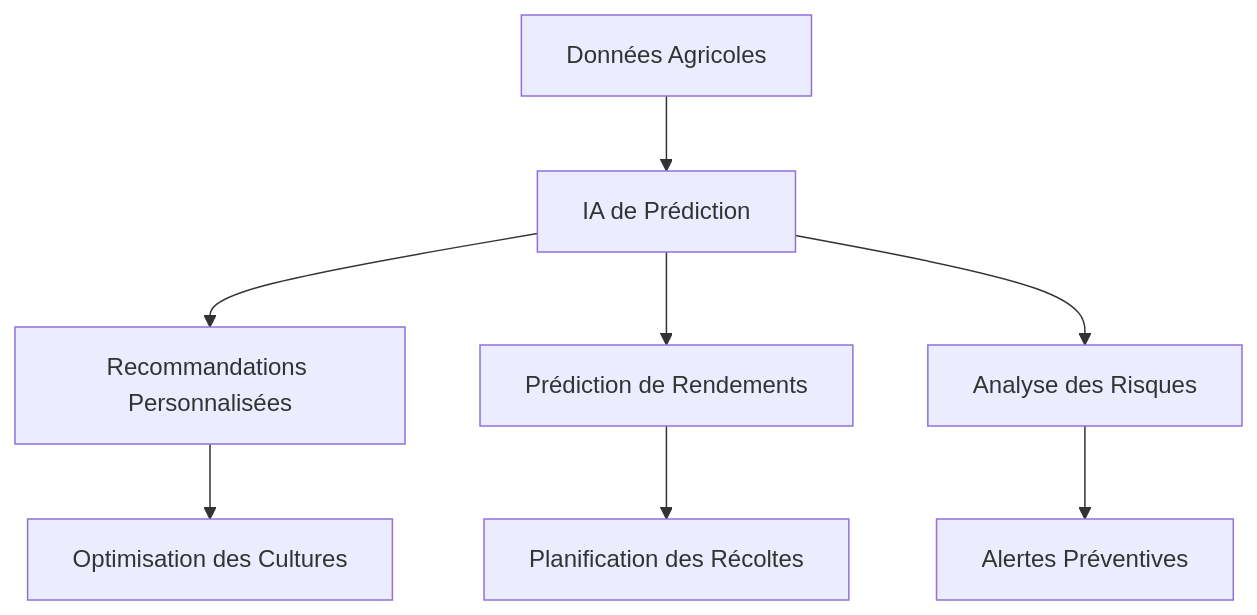
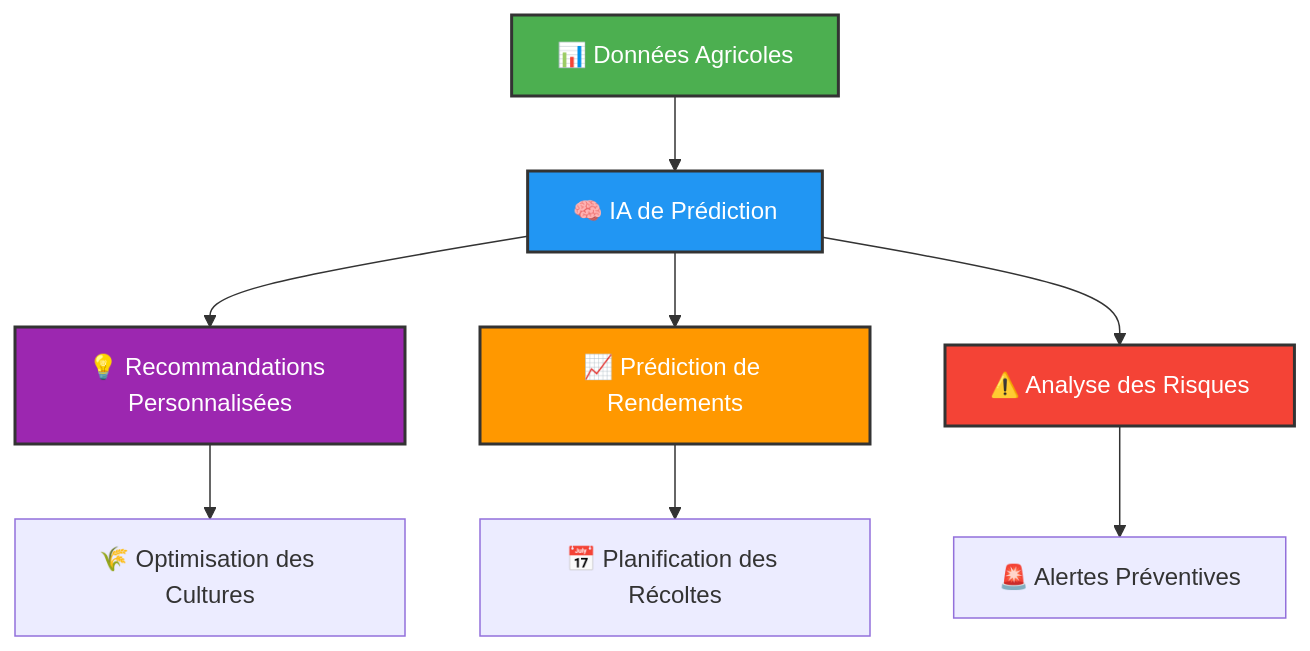
One commit to MaximeKELI/Projet-AGRICOLE changed the first of 13 diagrams in README.md. Above: the diagram before and after it, drawn with Mermaid. The commit also changed other lines of this file and 2 other files, not shown here.

````diff
--- a/README.md
+++ b/README.md
@@ -56,10 +366,16 @@
 ```mermaid
 graph TD
-    A[Données Agricoles] --> B[IA de Prédiction]
-    B --> C[Recommandations Personnalisées]
-    B --> D[Prédiction de Rendements]
-    B --> E[Analyse des Risques]
-    C --> F[Optimisation des Cultures]
-    D --> G[Planification des Récoltes]
-    E --> H[Alertes Préventives]
+    A[📊 Données Agricoles] --> B[🧠 IA de Prédiction]
+    B --> C[💡 Recommandations Personnalisées]
+    B --> D[📈 Prédiction de Rendements]
+    B --> E[⚠️ Analyse des Risques]
+    C --> F[🌾 Optimisation des Cultures]
+    D --> G[📅 Planification des Récoltes]
+    E --> H[🚨 Alertes Préventives]
+    
+    style A fill:#4CAF50,stroke:#333,stroke-width:2px,color:#fff
+    style B fill:#2196F3,stroke:#333,stroke-width:2px,color:#fff
+    style C fill:#9C27B0,stroke:#333,stroke-width:2px,color:#fff
+    style D fill:#FF9800,stroke:#333,stroke-width:2px,color:#fff
+    style E fill:#F44336,stroke:#333,stroke-width:2px,color:#fff
 ```
````
